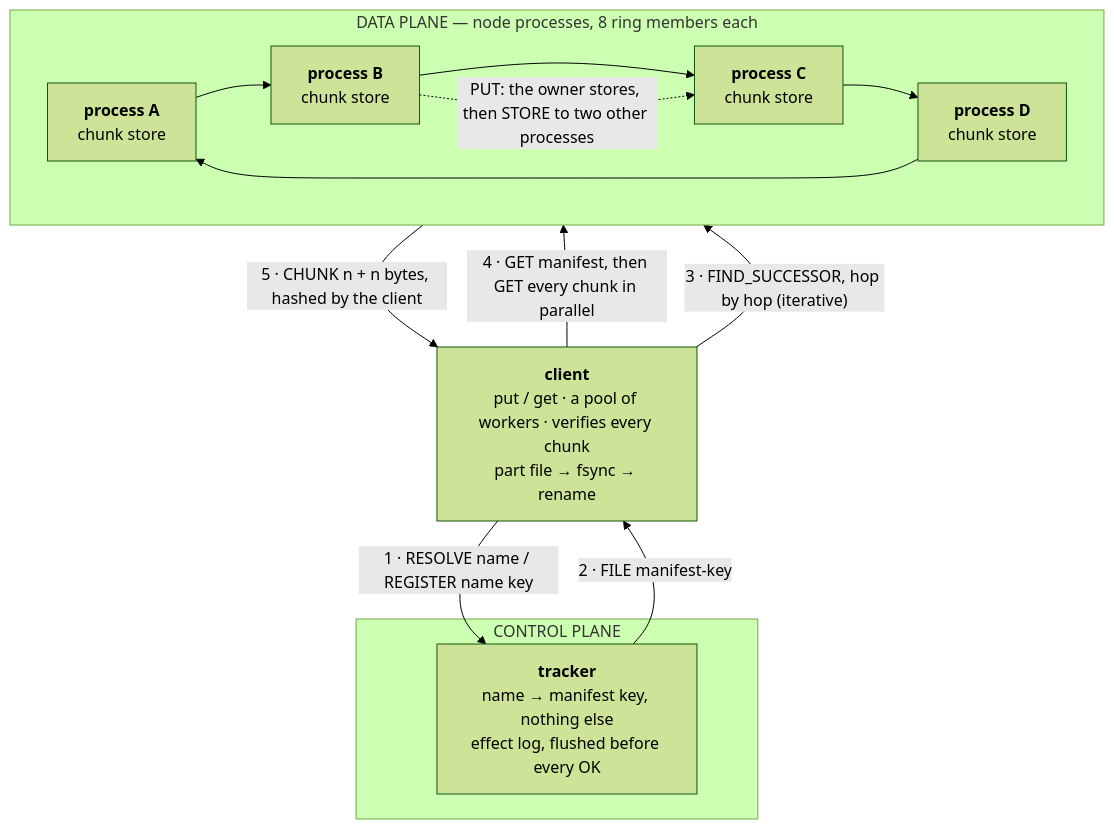
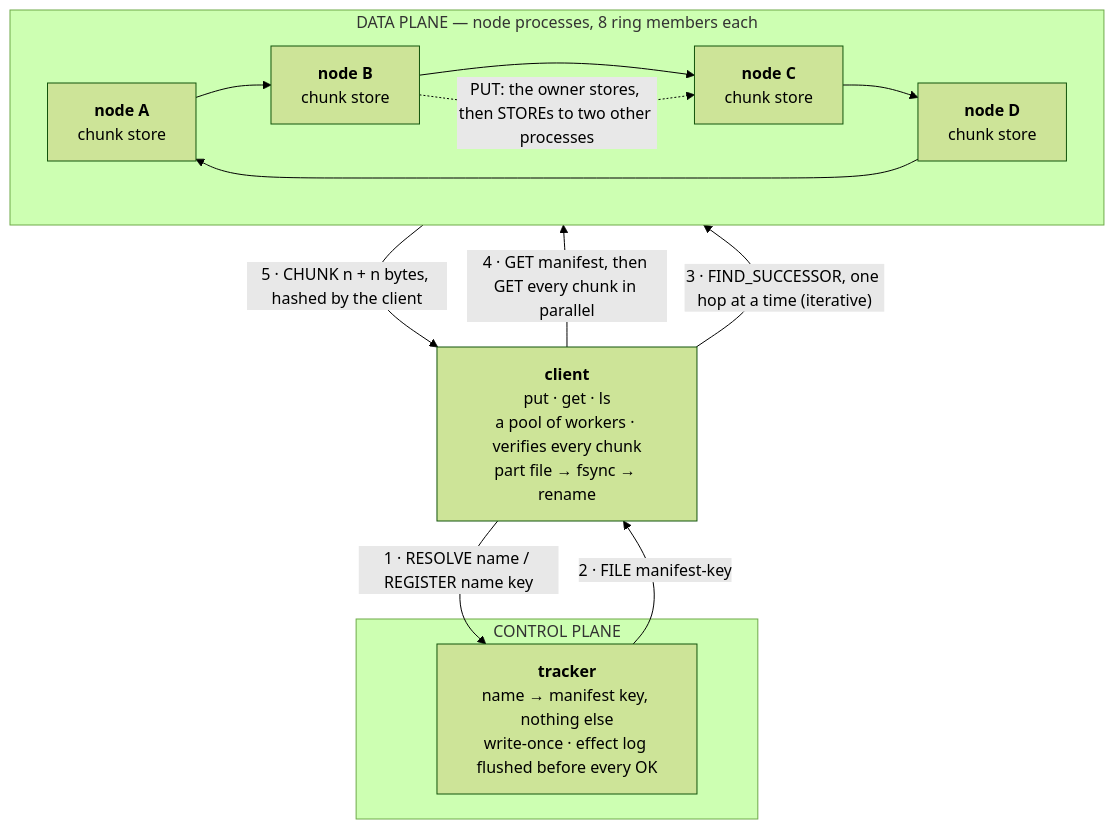
Before and after one commit to ChaitanyaShah21/chord-dht-filesystem: the diagram in README.md, drawn with Mermaid (forest theme). The commit also changed other lines of this file and 1 other file, not shown here.

````diff
--- a/README.md
+++ b/README.md
@@ -229,20 +20,20 @@
 ```mermaid
 flowchart TB
-    C["<b>client</b><br/>put / get · a pool of workers · verifies every chunk<br/>part file → fsync → rename"]
+    C["<b>client</b><br/>put · get · ls<br/>a pool of workers · verifies every chunk<br/>part file → fsync → rename"]
 
     subgraph control["CONTROL PLANE"]
-        T["<b>tracker</b><br/>name → manifest key, nothing else<br/>effect log, flushed before every OK"]
+        T["<b>tracker</b><br/>name → manifest key, nothing else<br/>write-once · effect log flushed before every OK"]
     end
 
     subgraph ring["DATA PLANE — node processes, 8 ring members each"]
         direction LR
-        P1["<b>process A</b><br/>chunk store"] --> P2["<b>process B</b><br/>chunk store"] --> P3["<b>process C</b><br/>chunk store"] --> P4["<b>process D</b><br/>chunk store"] --> P1
+        P1["<b>node A</b><br/>chunk store"] --> P2["<b>node B</b><br/>chunk store"] --> P3["<b>node C</b><br/>chunk store"] --> P4["<b>node D</b><br/>chunk store"] --> P1
     end
 
     C -- "1 · RESOLVE name / REGISTER name key" --> T
     T -- "2 · FILE manifest-key" --> C
-    C -- "3 · FIND_SUCCESSOR, hop by hop (iterative)" --> ring
+    C -- "3 · FIND_SUCCESSOR, one hop at a time (iterative)" --> ring
     C -- "4 · GET manifest, then GET every chunk in parallel" --> P2
     P2 -- "5 · CHUNK n + n bytes, hashed by the client" --> C
-    P2 -. "PUT: the owner stores, then STORE to two other processes" .-> P3
+    P2 -. "PUT: the owner stores, then STOREs to two other processes" .-> P3
 ```
````
